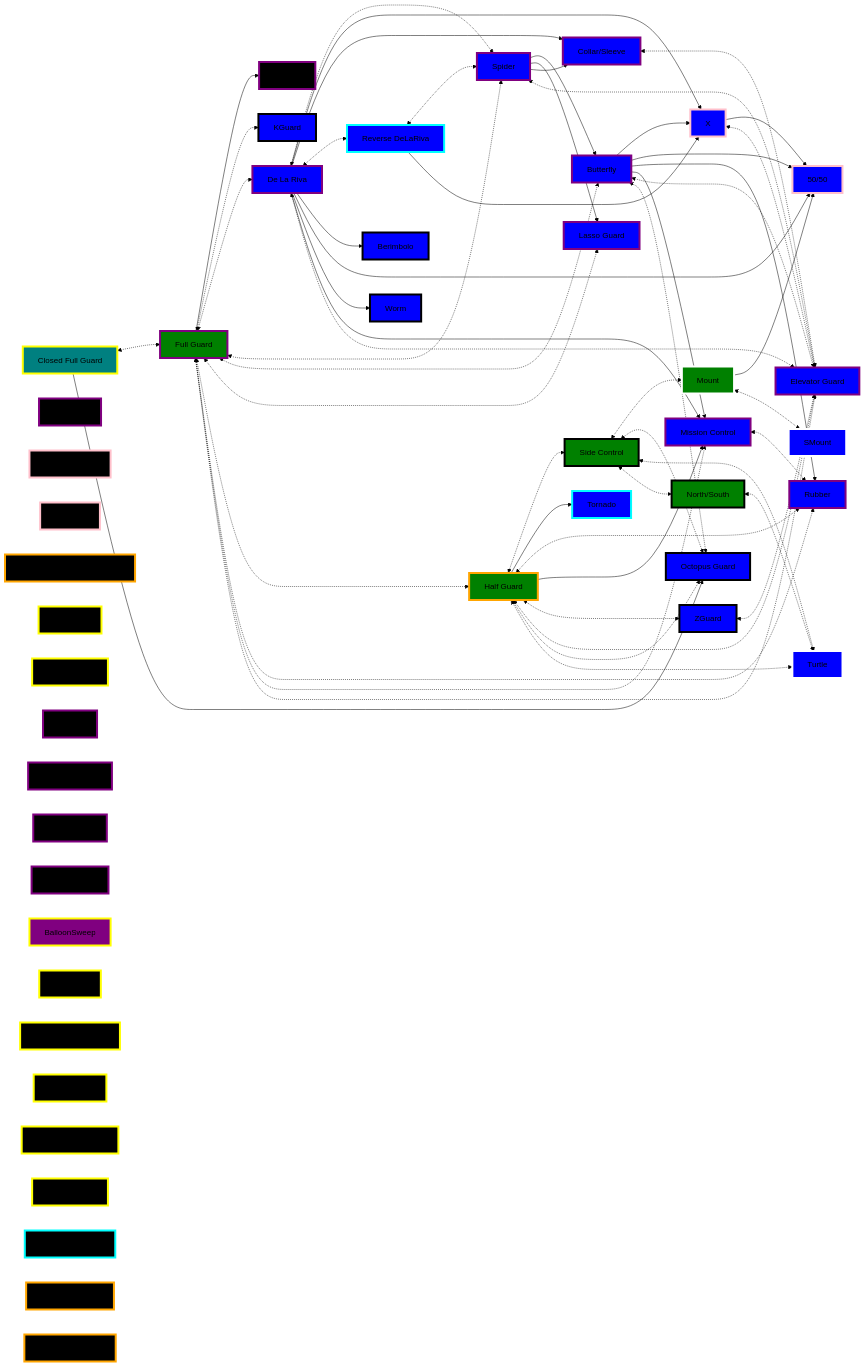
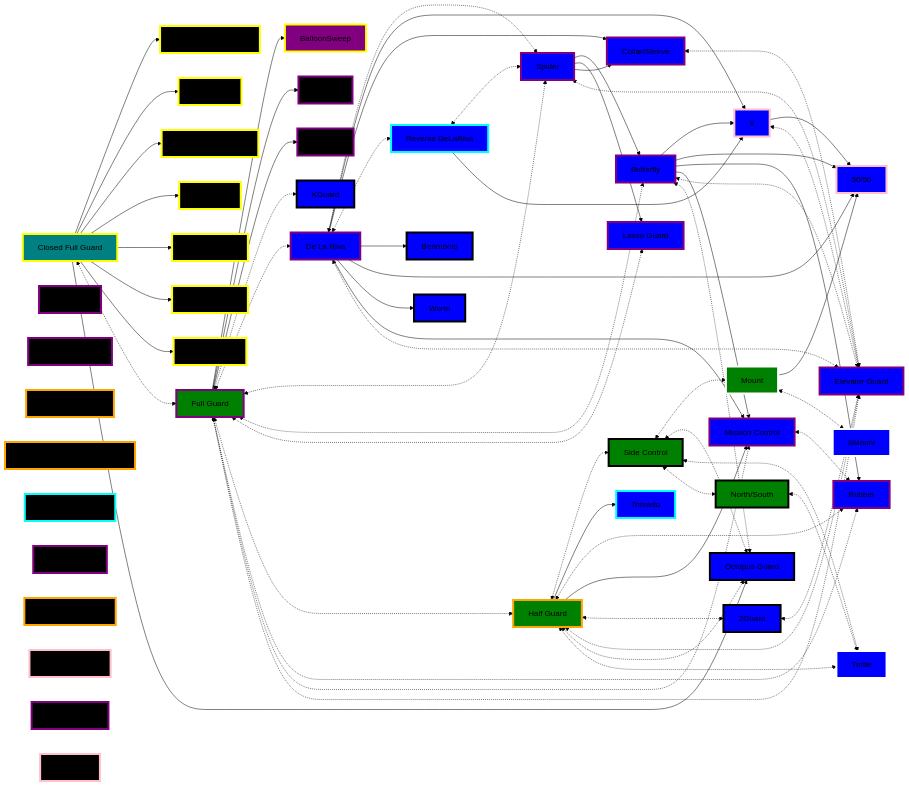
Before and after one commit to jacgit18/DevHiveMind: the third of 4 diagrams in _Fitness/BJJ Priority Flows.md, drawn with Mermaid (forest theme). The commit also changed other lines of this file, not shown here.

Commit message:
M "_Fitness/BJJ Priority Flows.md"

```diff
--- a/_Fitness/BJJ Priority Flows.md
+++ b/_Fitness/BJJ Priority Flows.md
@@ -479,27 +477,38 @@
 	
 
 	ArmDrag[ArmDrag]
+	BalloonSweep[BalloonSweep]
+	ButterflySweep[ButterflySweep]
+	DeepHalfSweep[DeepHalfSweep]
+	DoubleAnkleSweep[DoubleAnkleSweep]
+	Flower[Flower]
+	HalfGuardUnderhookSweep[HalfGuardUnderhookSweep]
+	HelicopterSweep[HelicopterSweep]
+	HipBump[HipBump]
+	HomerSimpSweep[HomerSimpSweep]
+	KneeTap[KneeTap]
+	LumberJack[LumberJack]
+	OldSchoolSweep[OldSchoolSweep]
+	PlanBSweep[PlanBSweep]
+	PushSweep[PushSweep]
+	Scissor[Scissor]
 	ShaolinSweep[ShaolinSweep]
+	SickleSweep[SickleSweep]
+	TripodSweep[TripodSweep]
 	XSweep[XSweep]
-	HalfGuardUnderhookSweep[HalfGuardUnderhookSweep]
-	HipBump[HipBump]
-	Scissor[Scissor]
-	SickleSweep[SickleSweep]
-	Flower[Flower]
-	ButterflySweep[ButterflySweep]
-	LumberJack[LumberJack]
-	TripodSweep[TripodSweep]
-	BalloonSweep[BalloonSweep]
-	KneeTap[KneeTap]
-	DoubleAnkleSweep[DoubleAnkleSweep]
-	PushSweep[PushSweep]
-	HomerSimpSweep[HomerSimpSweep]
-	PlanBSweep[PlanBSweep]
-	HelicopterSweep[HelicopterSweep]
-	DeepHalfSweep[DeepHalfSweep]
-	OldSchoolSweep[OldSchoolSweep]
 
+	A --> BalloonSweep
+	A --> Flower
 	A --> Scissor
+	
+
+	Closed --> DoubleAnkleSweep
+	Closed --> HipBump
+	Closed --> HomerSimpSweep
+	Closed --> KneeTap
+	Closed --> SickleSweep
+	Closed --> PlanBSweep
+	Closed --> PushSweep
 
 	A <-.-> KGuard
     A <-.-> B
```
